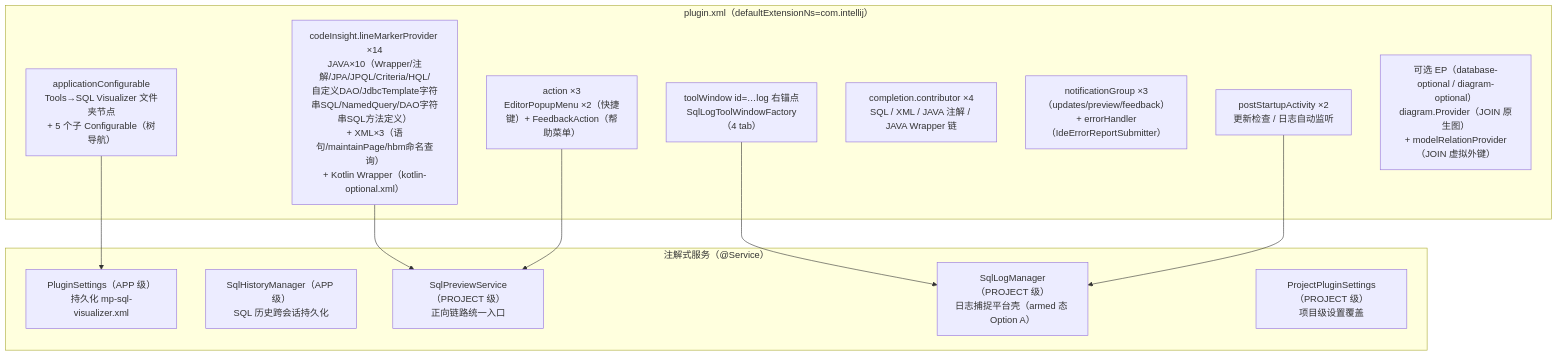
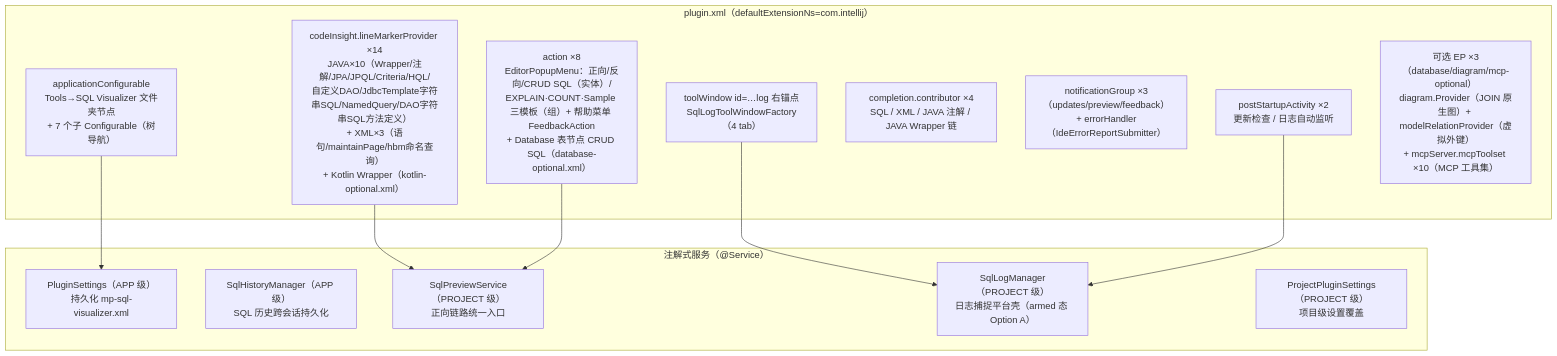
The fourth of 5 diagrams in docs/架构设计/01-项目架构总览.md (JayF211/mybatis-plus-sql-visualizer), drawn with Mermaid before and after one commit. The commit also changed other lines of this file and 2 other files, not shown here.

````diff
--- a/docs/架构设计/01-项目架构总览.md
+++ b/docs/架构设计/01-项目架构总览.md
@@ -225,25 +255,25 @@
 ```mermaid
 flowchart TD
     subgraph XML["plugin.xml（defaultExtensionNs=com.intellij）"]
-        X1["applicationConfigurable<br/>Tools→SQL Visualizer 文件夹节点<br/>+ 5 个子 Configurable（树导航）"]
+        X1["applicationConfigurable<br/>Tools→SQL Visualizer 文件夹节点<br/>+ 7 个子 Configurable（树导航）"]
         X2["codeInsight.lineMarkerProvider ×14<br/>JAVA×10（Wrapper/注解/JPA/JPQL/Criteria/HQL/<br/>自定义DAO/JdbcTemplate字符串SQL/NamedQuery/DAO字符串SQL方法定义）<br/>+ XML×3（语句/maintainPage/hbm命名查询）<br/>+ Kotlin Wrapper（kotlin-optional.xml）"]
         X3["toolWindow id=…log 右锚点<br/>SqlLogToolWindowFactory（4 tab）"]
         X4["postStartupActivity ×2<br/>更新检查 / 日志自动监听"]
         X5["completion.contributor ×4<br/>SQL / XML / JAVA 注解 / JAVA Wrapper 链"]
         X6["notificationGroup ×3（updates/preview/feedback）<br/>+ errorHandler（IdeErrorReportSubmitter）"]
-        X7["action ×3<br/>EditorPopupMenu ×2（快捷键）+ FeedbackAction（帮助菜单）"]
-        X8["可选 EP（database-optional / diagram-optional）<br/>diagram.Provider（JOIN 原生图）<br/>+ modelRelationProvider（JOIN 虚拟外键）"]
+        X7["action ×8<br/>EditorPopupMenu：正向/反向/CRUD SQL（实体）/<br/>EXPLAIN·COUNT·Sample 三模板（组）+ 帮助菜单 FeedbackAction<br/>+ Database 表节点 CRUD SQL（database-optional.xml）"]
+        X8["可选 EP ×3（database/diagram/mcp-optional）<br/>diagram.Provider（JOIN 原生图）+ modelRelationProvider（虚拟外键）<br/>+ mcpServer.mcpToolset ×10（MCP 工具集）"]
     end
     subgraph ANNO["注解式服务（@Service）"]
         Y1["PluginSettings（APP 级）<br/>持久化 mp-sql-visualizer.xml"]
         Y1b["SqlHistoryManager（APP 级）<br/>SQL 历史跨会话持久化"]
         Y2["SqlPreviewService（PROJECT 级）<br/>正向链路统一入口"]
         Y3["SqlLogManager（PROJECT 级）<br/>日志捕捉平台壳（armed 态 Option A）"]
         Y4["ProjectPluginSettings（PROJECT 级）<br/>项目级设置覆盖"]
     end
     X1 --> Y1
     X2 --> Y2
     X3 --> Y3
     X4 --> Y3
     X7 --> Y2
 ```
````
